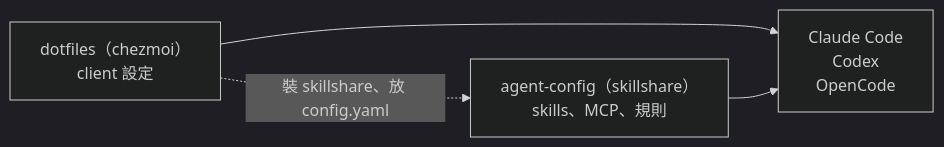
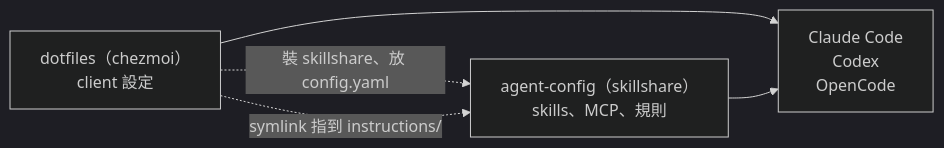
Before and after one commit to henry5720/dotfiles: the diagram in docs/ai-agent-setup.md, drawn with Mermaid (dark theme). The commit also changed other lines of this file and 15 other files, not shown here.

````diff
--- a/docs/ai-agent-setup.md
+++ b/docs/ai-agent-setup.md
@@ -26,10 +27,11 @@
 ```mermaid
 flowchart LR
   dotfiles["dotfiles（chezmoi）<br/>client 設定"]
   agentconfig["agent-config（skillshare）<br/>skills、MCP、規則"]
   clients["Claude Code<br/>Codex<br/>OpenCode"]
 
   dotfiles --> clients
   agentconfig --> clients
   dotfiles -. "裝 skillshare、放 config.yaml" .-> agentconfig
+  dotfiles -. "symlink 指到 instructions/" .-> agentconfig
 ```
````
